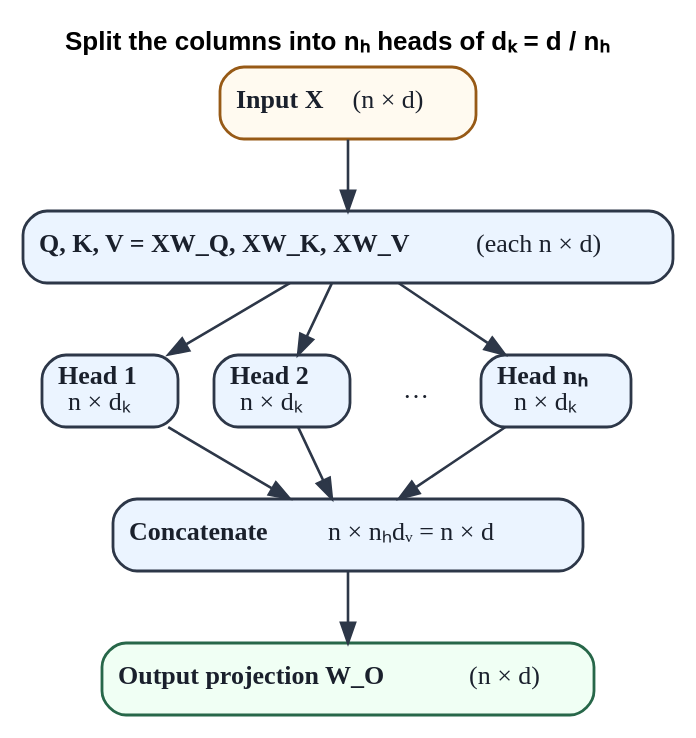
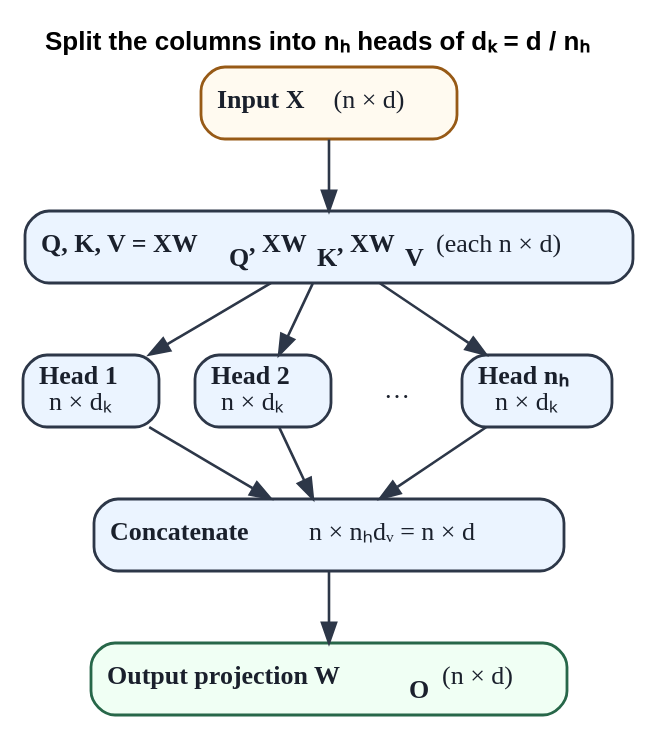
The diagram in chapters/01-foundations/figures/multi_head_attention.dot (Beaker12/llmatlas), drawn with Graphviz before and after one commit. The commit also changed 23 other files, not shown here.

Commit message:
Chapter 1: larger text in the sinusoidal and position-cost plots, schematic labels without underscores

```diff
--- a/chapters/01-foundations/figures/multi_head_attention.dot
+++ b/chapters/01-foundations/figures/multi_head_attention.dot
@@ -1,23 +1,23 @@
 digraph MultiHeadAttention {
     graph [fontname="Arial" fontsize=13 bgcolor=white label=<<b>Split the columns into nₕ heads of dₖ = d / nₕ</b>> labelloc=t];
 
     x [label=<<b>Input X</b>  (n × d)> shape=box style="rounded,filled" fillcolor="#fffaf0" color="#975a16" penwidth=1.4 fontsize=13 fontcolor="#1a202c"];
-    qkv [label=<<b>Q, K, V = XW_Q, XW_K, XW_V</b>   (each n × d)> shape=box style="rounded,filled" fillcolor="#ebf4ff" color="#2d3748" penwidth=1.4 fontsize=13 fontcolor="#1a202c"];
+    qkv [label=<<b>Q, K, V = XW<sub>Q</sub>, XW<sub>K</sub>, XW<sub>V</sub></b>   (each n × d)> shape=box style="rounded,filled" fillcolor="#ebf4ff" color="#2d3748" penwidth=1.4 fontsize=13 fontcolor="#1a202c"];
     h1 [label=<<b>Head 1</b><br/>n × dₖ> shape=box style="rounded,filled" fillcolor="#ebf4ff" color="#2d3748" penwidth=1.4 fontsize=13 fontcolor="#1a202c"];
     h2 [label=<<b>Head 2</b><br/>n × dₖ> shape=box style="rounded,filled" fillcolor="#ebf4ff" color="#2d3748" penwidth=1.4 fontsize=13 fontcolor="#1a202c"];
     hd [label=<…> shape=box style="rounded,filled" fillcolor="white" color="#2d3748" penwidth=1.4 fontsize=13 fontcolor="#1a202c" penwidth=0 width=0.4];
     hn [label=<<b>Head nₕ</b><br/>n × dₖ> shape=box style="rounded,filled" fillcolor="#ebf4ff" color="#2d3748" penwidth=1.4 fontsize=13 fontcolor="#1a202c"];
     { rank=same; h1; h2; hd; hn; }
     cat [label=<<b>Concatenate</b>   n × nₕdᵥ = n × d> shape=box style="rounded,filled" fillcolor="#ebf4ff" color="#2d3748" penwidth=1.4 fontsize=13 fontcolor="#1a202c"];
-    o [label=<<b>Output projection W_O</b>   (n × d)> shape=box style="rounded,filled" fillcolor="#f0fff4" color="#276749" penwidth=1.4 fontsize=13 fontcolor="#1a202c"];
+    o [label=<<b>Output projection W<sub>O</sub></b>   (n × d)> shape=box style="rounded,filled" fillcolor="#f0fff4" color="#276749" penwidth=1.4 fontsize=13 fontcolor="#1a202c"];
     qkv -> h1 [color="#2d3748" penwidth=1.3 fontsize=12 fontcolor="#1a202c"];
     h1 -> cat [color="#2d3748" penwidth=1.3 fontsize=12 fontcolor="#1a202c"];
     qkv -> h2 [color="#2d3748" penwidth=1.3 fontsize=12 fontcolor="#1a202c"];
     h2 -> cat [color="#2d3748" penwidth=1.3 fontsize=12 fontcolor="#1a202c"];
     qkv -> hn [color="#2d3748" penwidth=1.3 fontsize=12 fontcolor="#1a202c"];
     hn -> cat [color="#2d3748" penwidth=1.3 fontsize=12 fontcolor="#1a202c"];
     qkv -> hd [style=invis];
     hd -> cat [style=invis];
     x -> qkv [color="#2d3748" penwidth=1.3 fontsize=12 fontcolor="#1a202c"];
     cat -> o [color="#2d3748" penwidth=1.3 fontsize=12 fontcolor="#1a202c"];
 }
```
